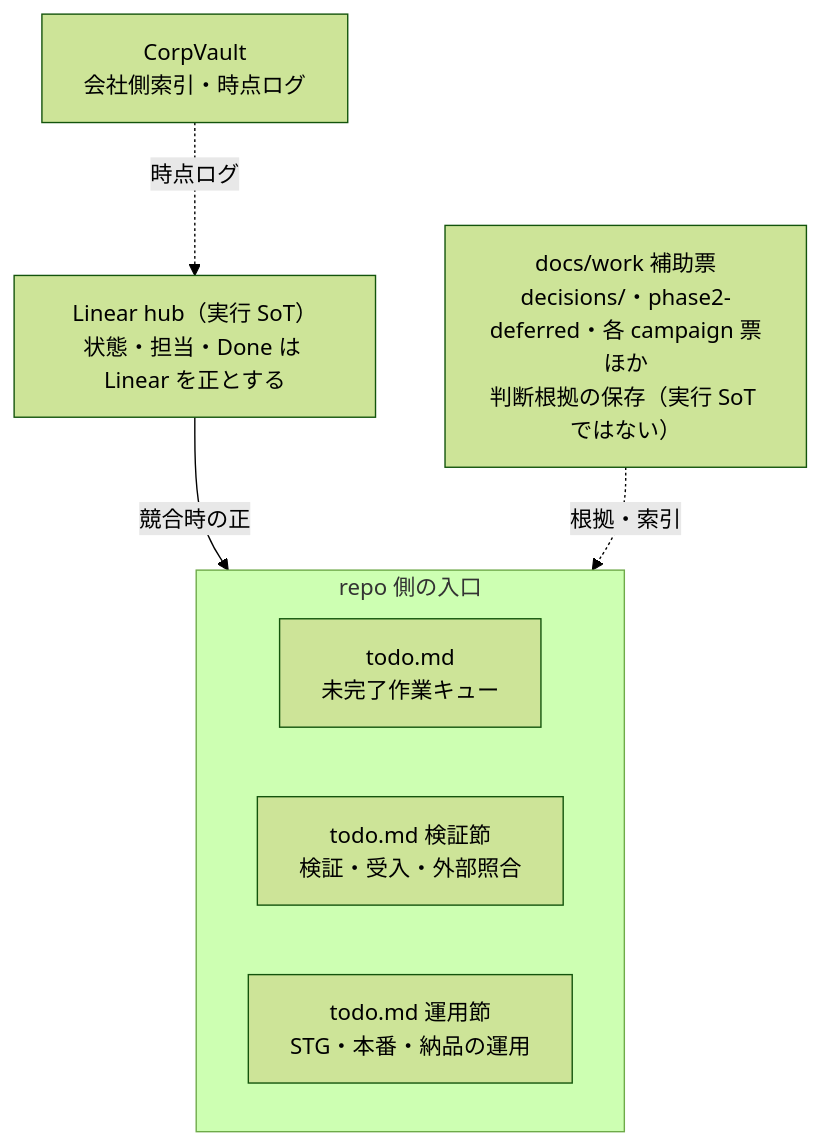
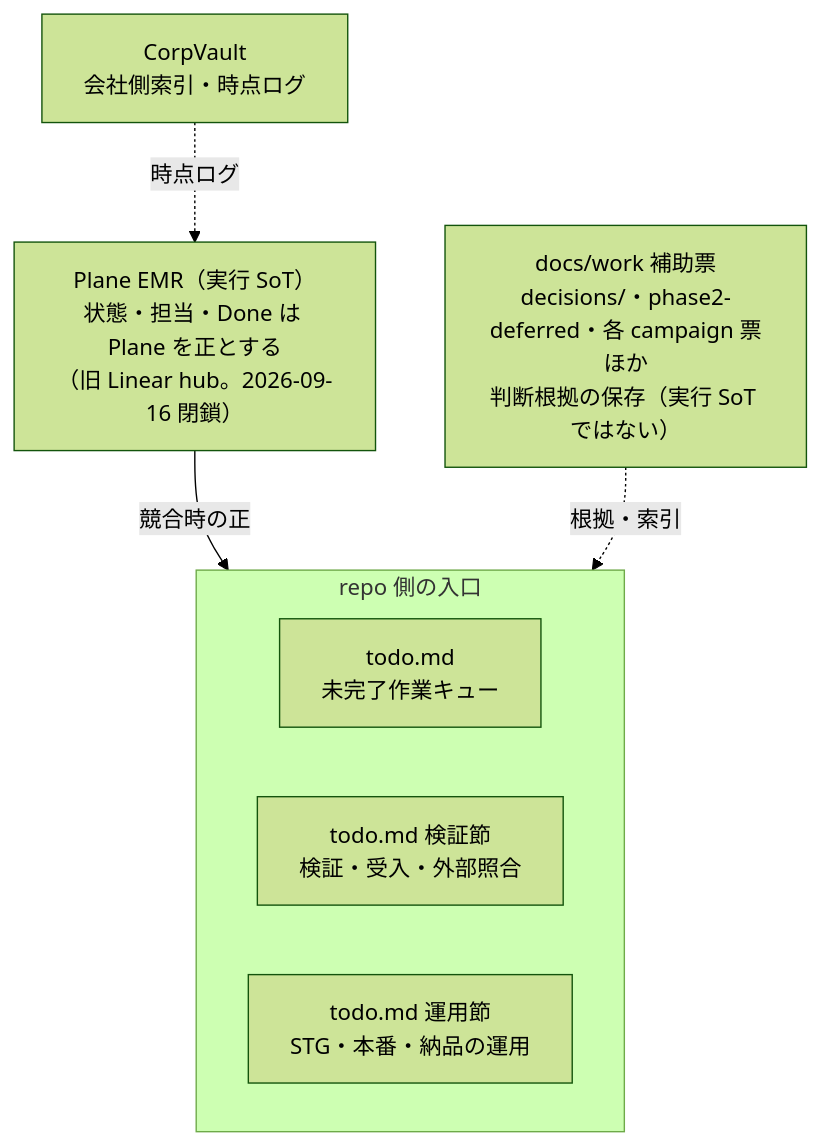
Before and after one commit to MinoruSoga/AnimalEkarte: the diagram in docs/work/README.md, drawn with Mermaid (forest theme). The commit also changed other lines of this file and 106 other files, not shown here.

First line of the commit message:
docs: docs/ 全区画の最新化 — Linear→Plane 移行と実装照合のドリフト訂正

````diff
--- a/docs/work/README.md
+++ b/docs/work/README.md
@@ -15,14 +15,14 @@
 ```mermaid
 flowchart TB
-    L["Linear hub（実行 SoT）<br>状態・担当・Done は Linear を正とする"]
+    L["Plane EMR（実行 SoT）<br>状態・担当・Done は Plane を正とする<br>（旧 Linear hub。2026-09-16 閉鎖）"]
     subgraph Repo["repo 側の入口"]
         T["todo.md<br>未完了作業キュー"]
         TV["todo.md 検証節<br>検証・受入・外部照合"]
         TO["todo.md 運用節<br>STG・本番・納品の運用"]
     end
     W["docs/work 補助票<br>decisions/・phase2-deferred・各 campaign 票ほか<br>判断根拠の保存（実行 SoT ではない）"]
     CV["CorpVault<br>会社側索引・時点ログ"]
     L -->|競合時の正| Repo
     W -.->|根拠・索引| Repo
     CV -.->|時点ログ| L
 ```
````
